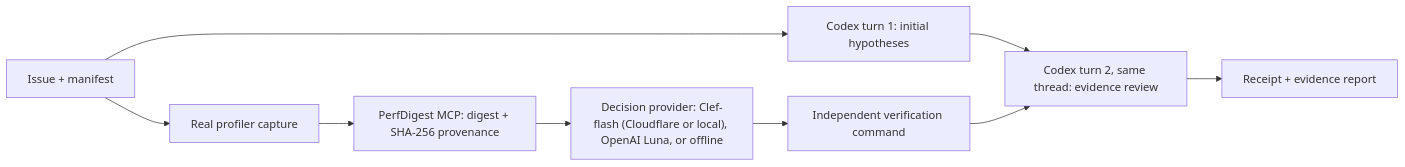
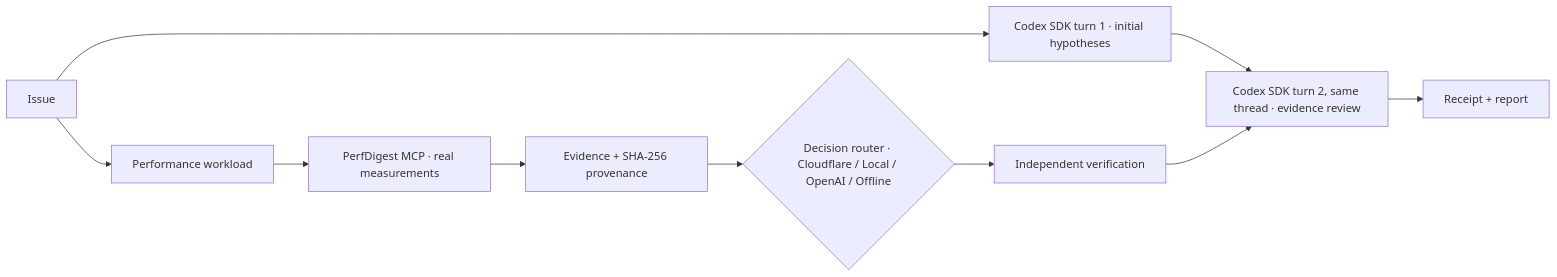
Before and after one commit to onlyxItachi/perfdigest-plugin: the diagram in README.md, drawn with Mermaid. The commit also changed other lines of this file, not shown here.

````diff
--- a/README.md
+++ b/README.md
@@ -11,11 +18,12 @@
 ```mermaid
 flowchart LR
-    Q[Issue + manifest] --> W[Real profiler capture]
-    Q --> C[Codex turn 1: initial hypotheses]
-    W --> P[PerfDigest MCP: digest + SHA-256 provenance]
-    P --> D["Decision provider: Clef-flash (Cloudflare or local), OpenAI Luna, or offline"]
-    D --> V[Independent verification command]
-    C --> R[Codex turn 2, same thread: evidence review]
-    V --> R
-    R --> O[Receipt + evidence report]
+    W[Performance workload] --> M["PerfDigest MCP · real measurements"]
+    M --> E["Evidence + SHA-256 provenance"]
+    E --> D{"Decision router · Cloudflare / Local / OpenAI / Offline"}
+    D --> V[Independent verification]
+    I[Issue] --> C1["Codex SDK turn 1 · initial hypotheses"]
+    I --> W
+    C1 --> C2["Codex SDK turn 2, same thread · evidence review"]
+    V --> C2
+    C2 --> R[Receipt + report]
 ```
````
